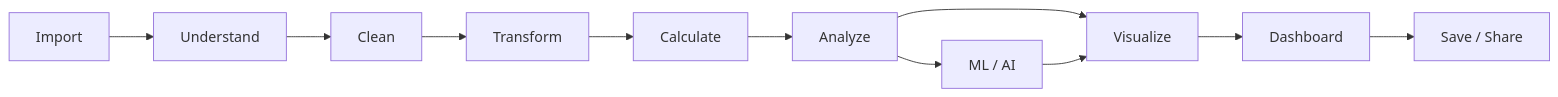
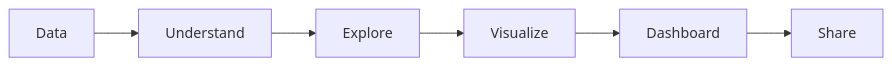
Before and after one commit to gabrieljonathanabebe/AXIS: the diagram in docs/ROADMAP.md, drawn with Mermaid. The commit also changed other lines of this file and 2 other files, not shown here.

````diff
--- a/docs/ROADMAP.md
+++ b/docs/ROADMAP.md
@@ -384,24 +388,15 @@
 ```mermaid
 flowchart LR
-    Import[Import]
+    Data[Data]
     Understand[Understand]
-    Clean[Clean]
-    Transform[Transform]
-    Calculate[Calculate]
-    Analyze[Analyze]
+    Explore[Explore]
     Visualize[Visualize]
     Dashboard[Dashboard]
-    Save[Save / Share]
-    AI[ML / AI]
+    Share[Share]
 
-    Import --> Understand
-    Understand --> Clean
-    Clean --> Transform
-    Transform --> Calculate
-    Calculate --> Analyze
-    Analyze --> Visualize
+    Data --> Understand
+    Understand --> Explore
+    Explore --> Visualize
     Visualize --> Dashboard
-    Dashboard --> Save
-    Analyze --> AI
-    AI --> Visualize
+    Dashboard --> Share
 ```
````
